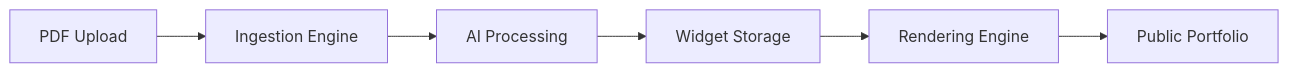
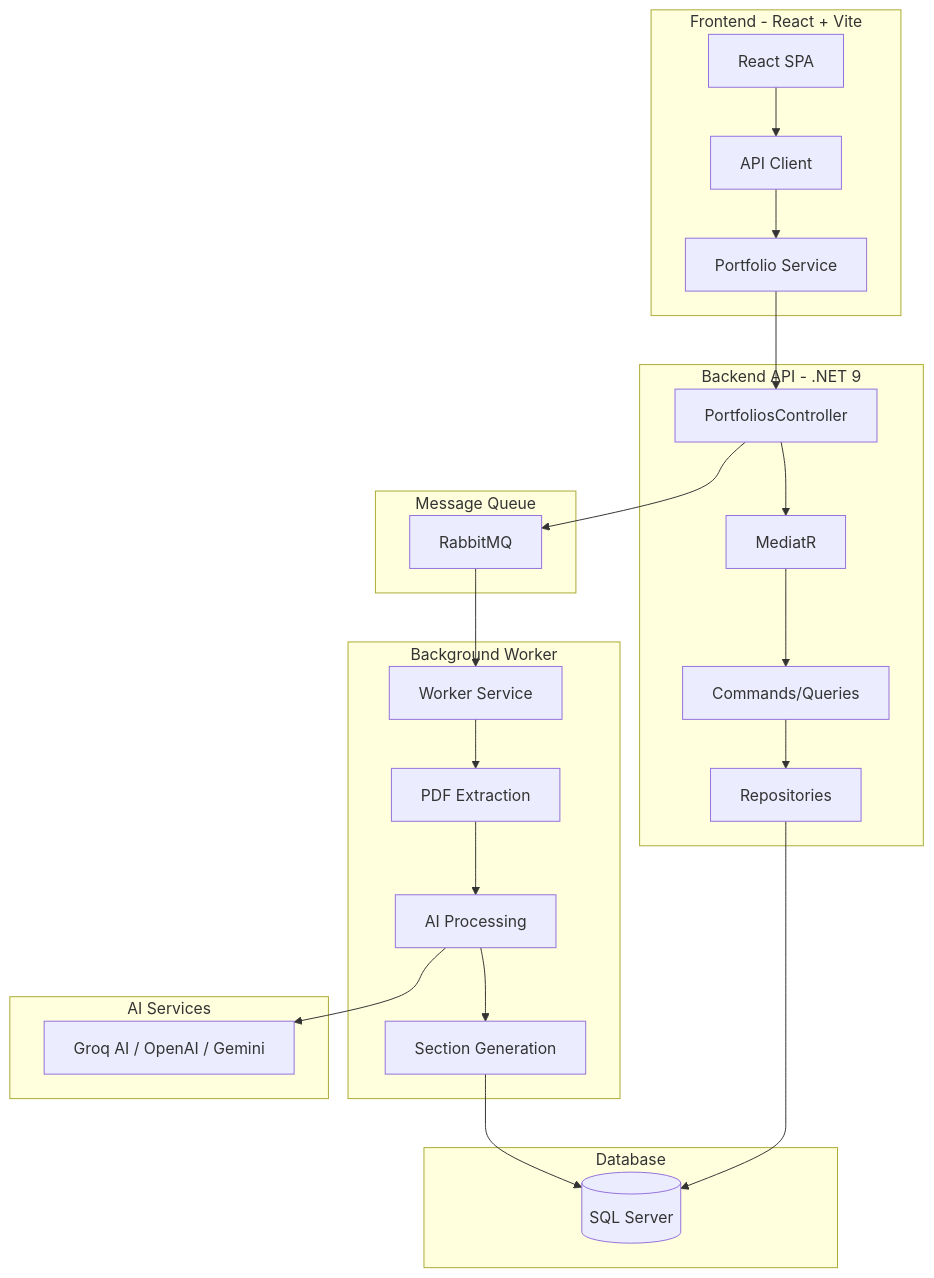
The first of 2 diagrams in README.md (Shivansh-Gaur2/FolioForge.ai), drawn with Mermaid before and after one commit. The commit also changed other lines of this file and 25 other files, not shown here.

Commit message:
feat: add animated skills, timeline, contact, and hero sections with enhanced UI components

````diff
--- a/README.md
+++ b/README.md
@@ -32,8 +33,38 @@
 ```mermaid
-graph LR
-    A[PDF Upload] --> B[Ingestion Engine]
-    B --> C[AI Processing]
-    C --> D[Widget Storage]
-    D --> E[Rendering Engine]
-    E --> F[Public Portfolio]
+graph TB
+    subgraph "Frontend - React + Vite"
+        A[React SPA] --> B[API Client]
+        B --> C[Portfolio Service]
+    end
+    
+    subgraph "Backend API - .NET 9"
+        D[PortfoliosController] --> E[MediatR]
+        E --> F[Commands/Queries]
+        F --> G[Repositories]
+    end
+    
+    subgraph "Message Queue"
+        H[RabbitMQ]
+    end
+    
+    subgraph "Background Worker"
+        I[Worker Service] --> J[PDF Extraction]
+        J --> K[AI Processing]
+        K --> L[Section Generation]
+    end
+    
+    subgraph "AI Services"
+        M[Groq AI / OpenAI / Gemini]
+    end
+    
+    subgraph "Database"
+        N[(SQL Server)]
+    end
+    
+    C --> D
+    D --> H
+    H --> I
+    K --> M
+    G --> N
+    L --> N
 ```
````
